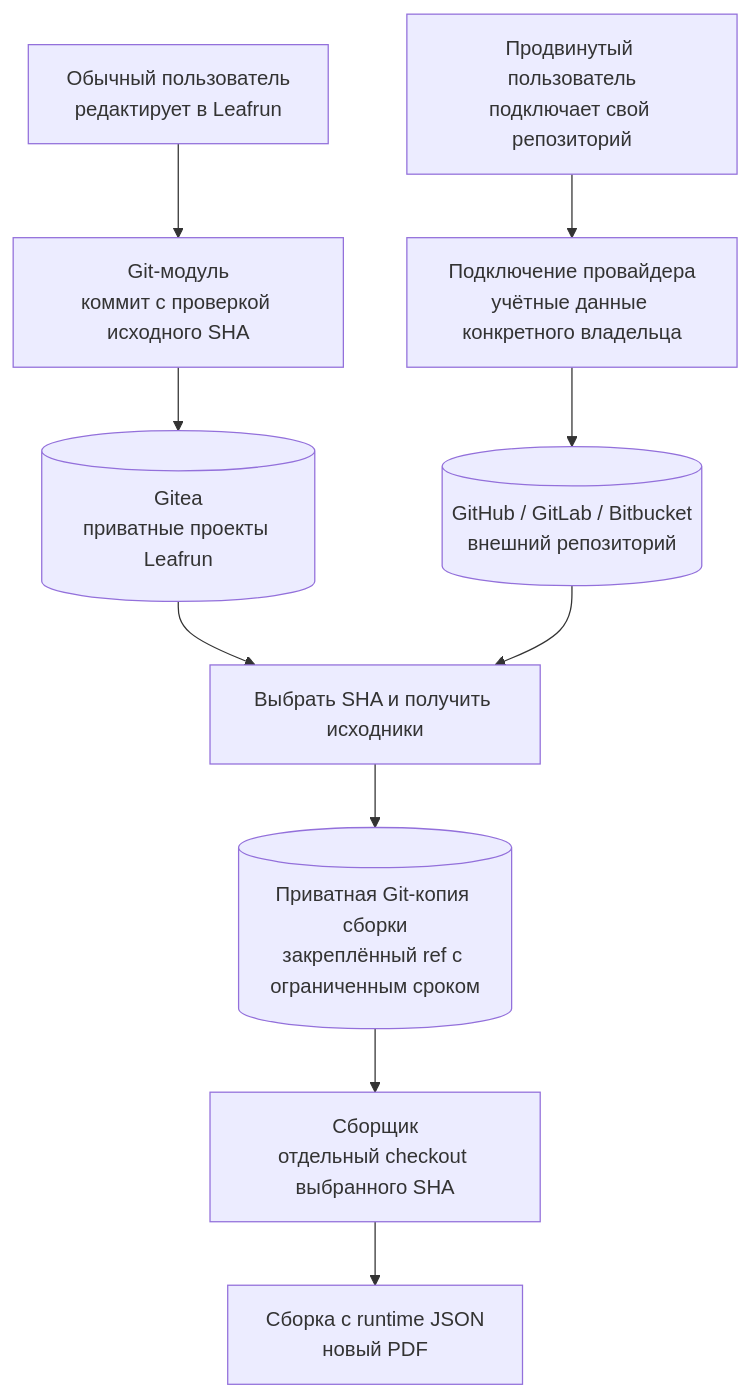
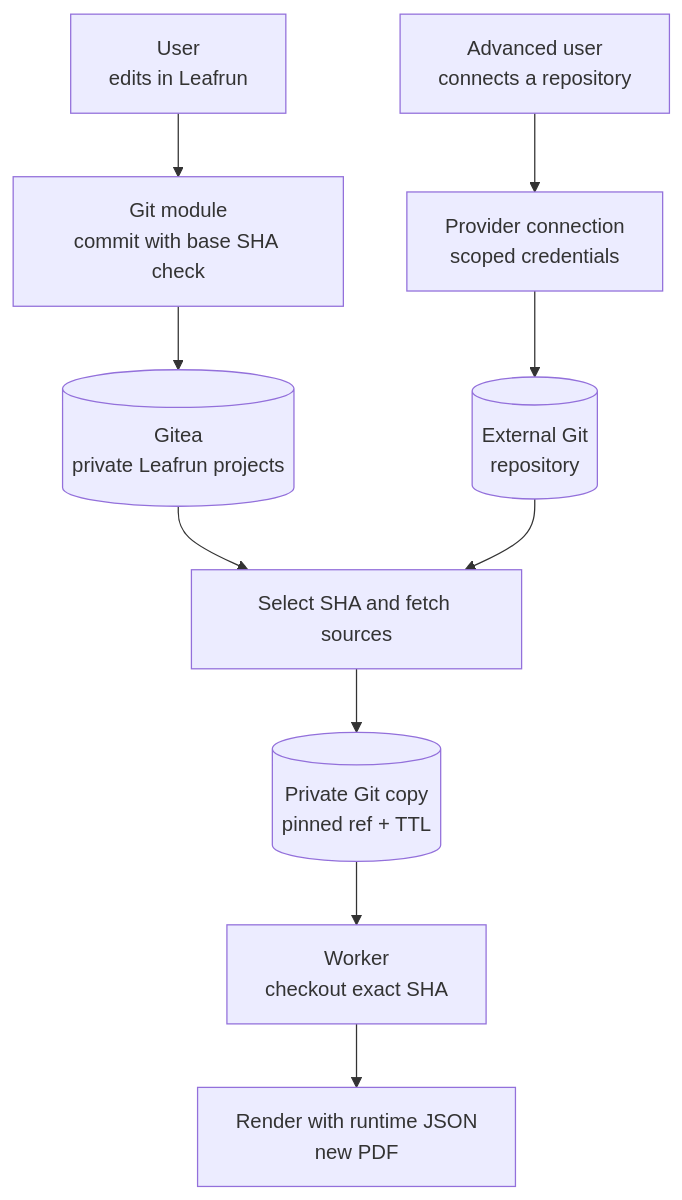
One commit to Feruum/Leafrun changed the diagram in docs/architecture/diagrams/03-git-storage.mmd. Above: the diagram before and after it, drawn with Mermaid. The commit also changed 38 other files, not shown here.

```diff
--- a/docs/architecture/diagrams/03-git-storage.mmd
+++ b/docs/architecture/diagrams/03-git-storage.mmd
@@ -1,10 +1,10 @@
 flowchart TB
-    Simple["Обычный пользователь<br/>редактирует в Leafrun"] --> Save["Git-модуль<br/>коммит с проверкой исходного SHA"]
-    Save --> Managed[("Gitea<br/>приватные проекты Leafrun")]
-    Advanced["Продвинутый пользователь<br/>подключает свой репозиторий"] --> Connection["Подключение провайдера<br/>учётные данные конкретного владельца"]
-    Connection --> Remote[("GitHub / GitLab / Bitbucket<br/>внешний репозиторий")]
-    Managed --> Capture["Выбрать SHA и получить исходники"]
+    Simple["User<br/>edits in Leafrun"] --> Save["Git module<br/>commit with base SHA check"]
+    Save --> Managed[("Gitea<br/>private Leafrun projects")]
+    Advanced["Advanced user<br/>connects a repository"] --> Connection["Provider connection<br/>scoped credentials"]
+    Connection --> Remote[("External Git<br/>repository")]
+    Managed --> Capture["Select SHA and fetch sources"]
     Remote --> Capture
-    Capture --> Pin[("Приватная Git-копия сборки<br/>закреплённый ref с ограниченным сроком")]
-    Pin --> Checkout["Сборщик<br/>отдельный checkout выбранного SHA"]
-    Checkout --> PDF["Сборка с runtime JSON<br/>новый PDF"]
+    Capture --> Pin[("Private Git copy<br/>pinned ref + TTL")]
+    Pin --> Checkout["Worker<br/>checkout exact SHA"]
+    Checkout --> PDF["Render with runtime JSON<br/>new PDF"]
```
